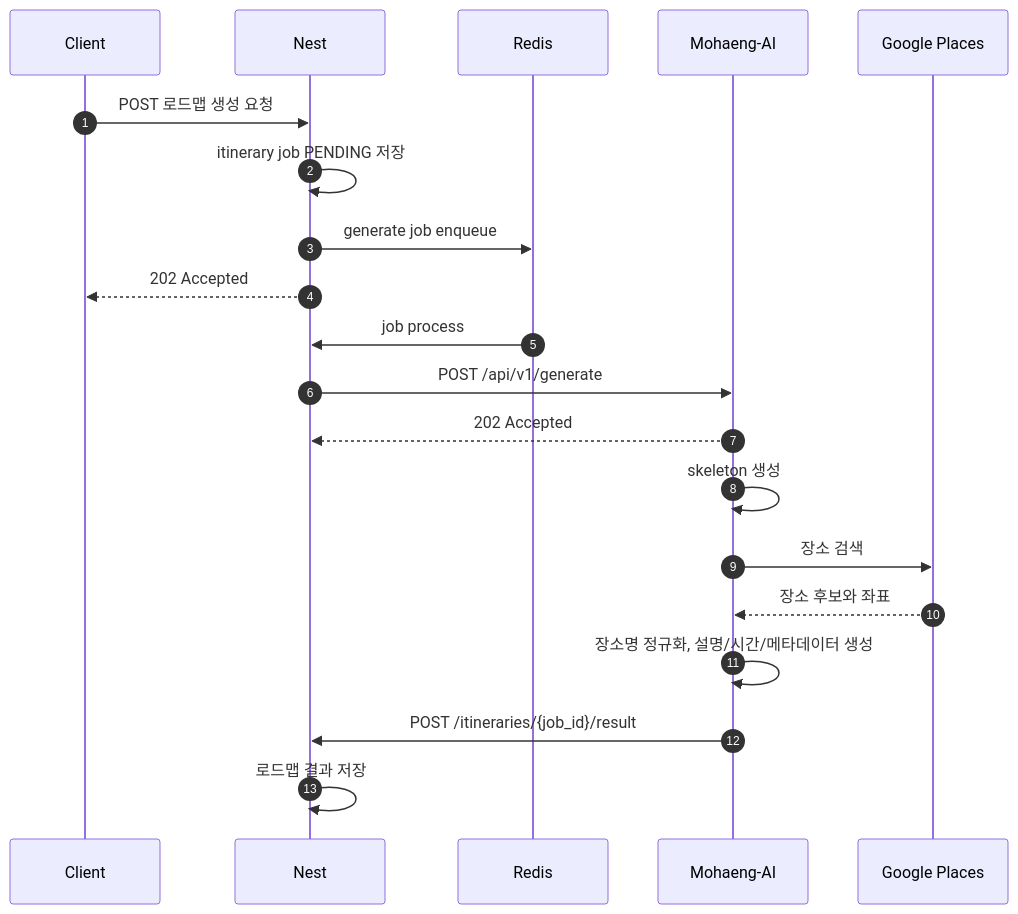
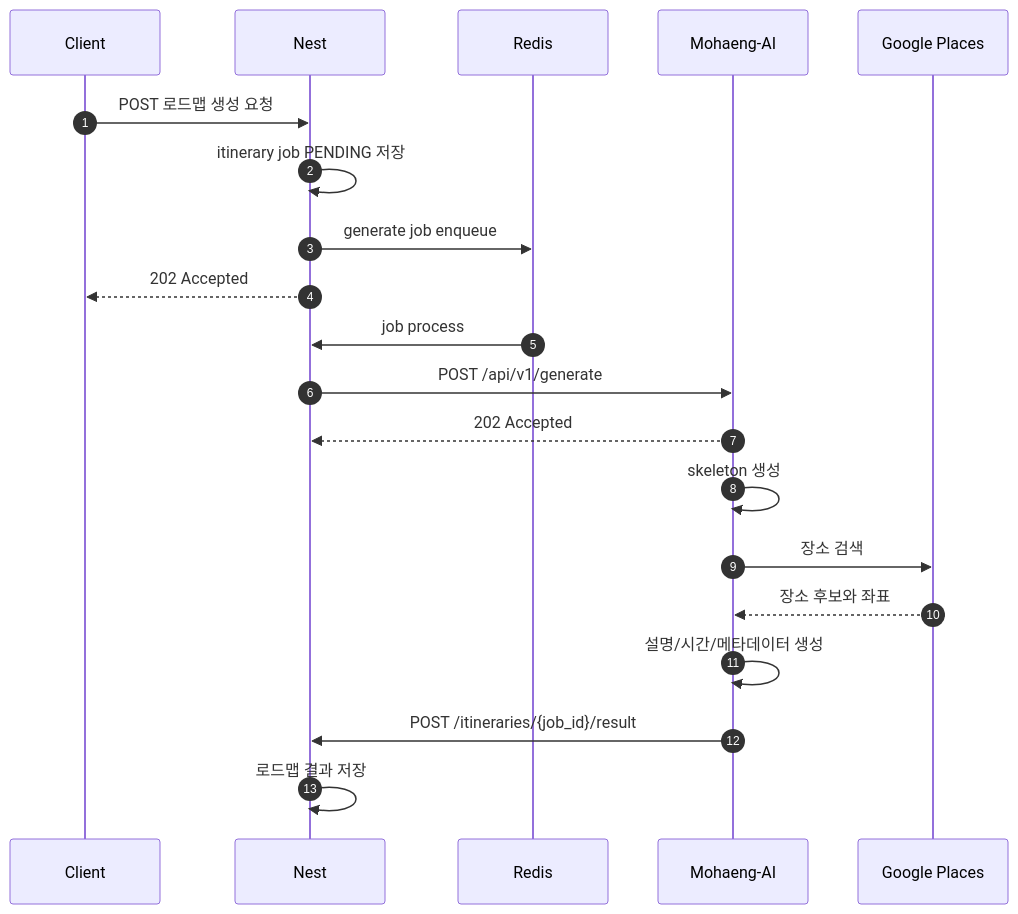
Before and after one commit to SERVICE-MOHAENG/Mohaeng-AI: the diagram in docs/architecture/roadmap-generation-server-communication.md, drawn with Mermaid. The commit also changed other lines of this file and 22 other files, not shown here.

````diff
--- a/docs/architecture/roadmap-generation-server-communication.md
+++ b/docs/architecture/roadmap-generation-server-communication.md
@@ -34,23 +34,23 @@
 ```mermaid
 sequenceDiagram
     autonumber
     participant Client
     participant Nest
     participant Redis
     participant Python as Mohaeng-AI
     participant Places as Google Places
 
     Client->>Nest: POST 로드맵 생성 요청
     Nest->>Nest: itinerary job PENDING 저장
     Nest->>Redis: generate job enqueue
     Nest-->>Client: 202 Accepted
     Redis->>Nest: job process
     Nest->>Python: POST /api/v1/generate
     Python-->>Nest: 202 Accepted
     Python->>Python: skeleton 생성
     Python->>Places: 장소 검색
     Places-->>Python: 장소 후보와 좌표
-    Python->>Python: 장소명 정규화, 설명/시간/메타데이터 생성
+    Python->>Python: 설명/시간/메타데이터 생성
     Python->>Nest: POST /itineraries/{job_id}/result
     Nest->>Nest: 로드맵 결과 저장
 ```
````
